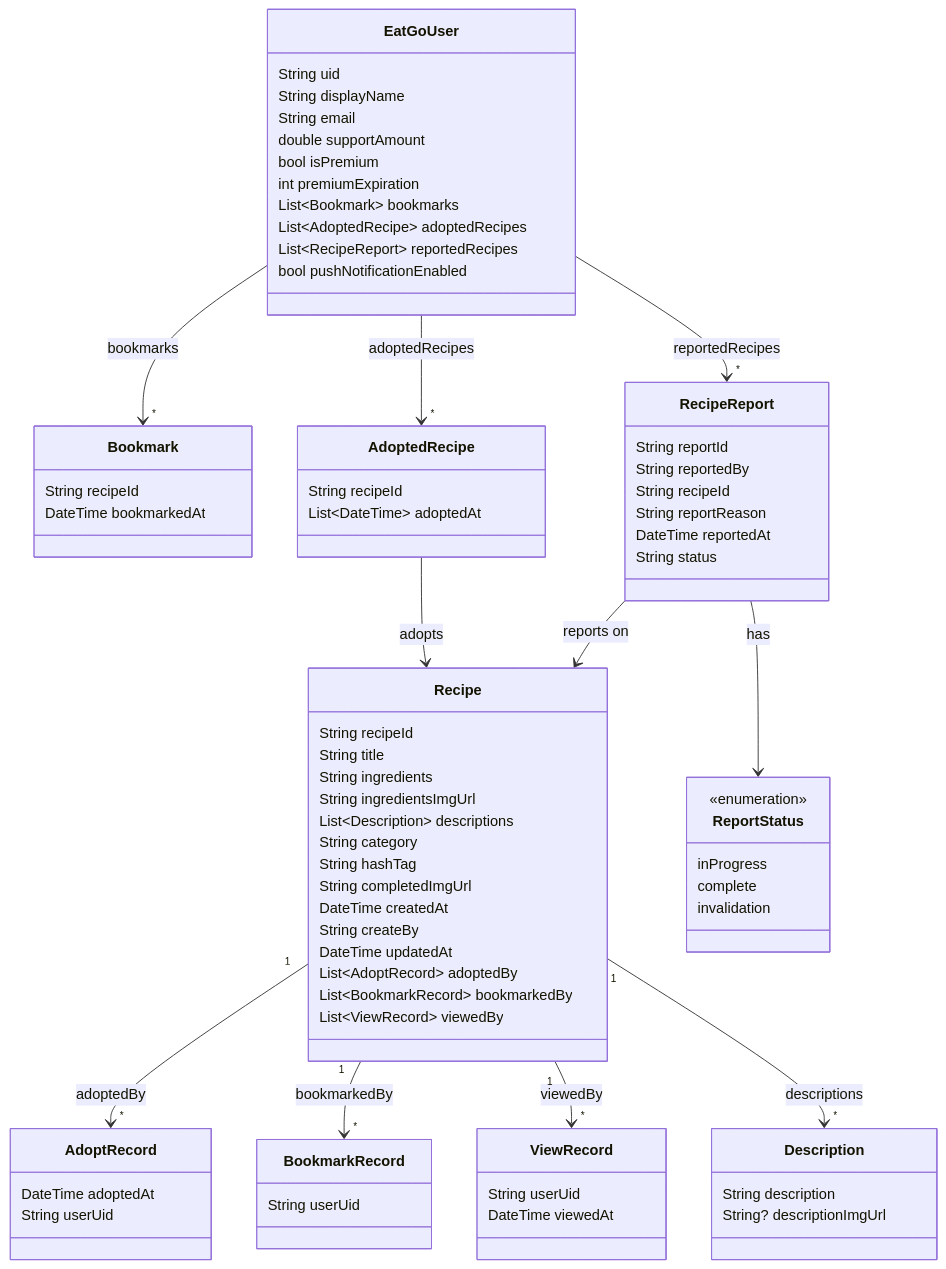
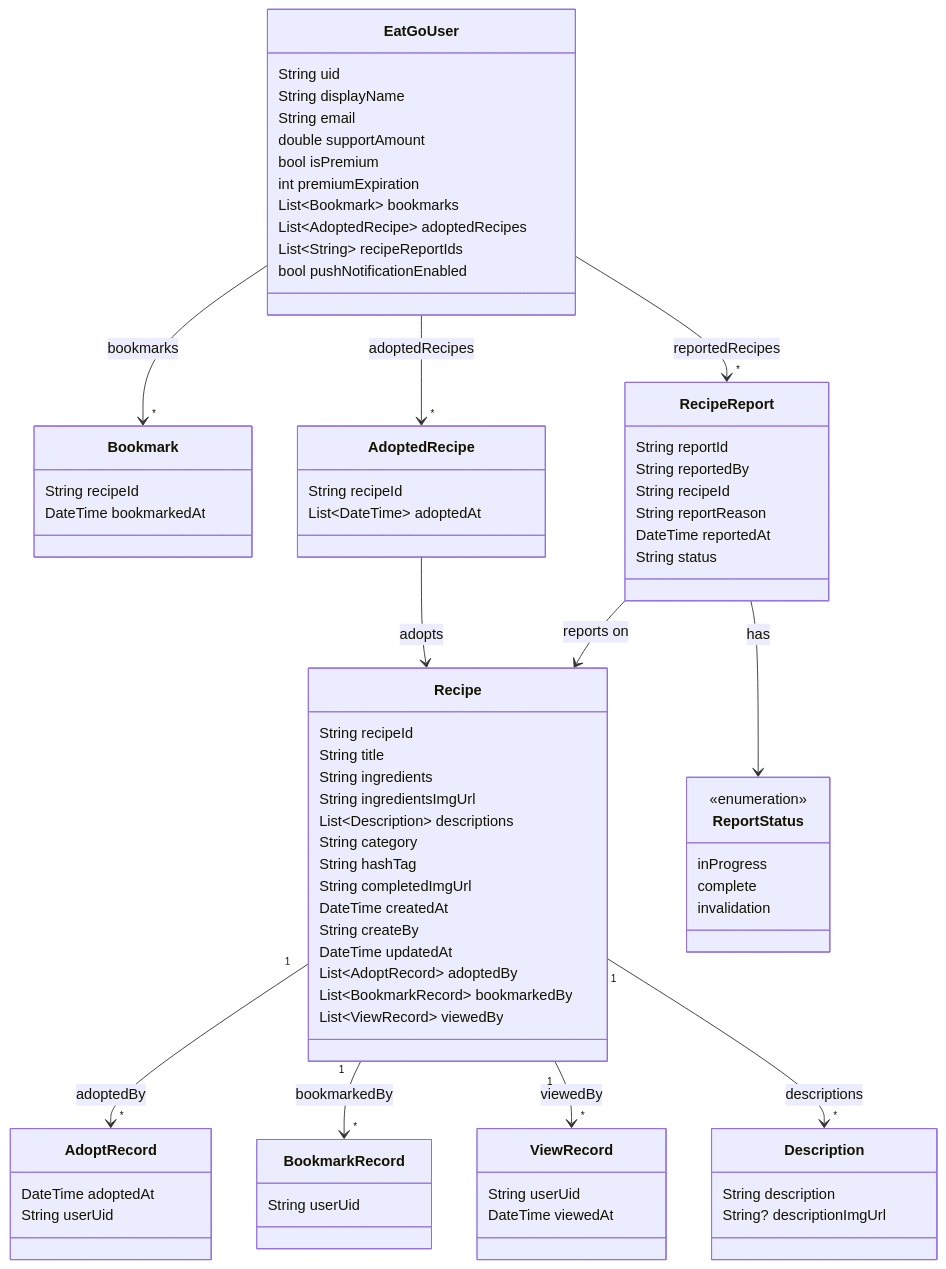
One commit to kangsudal/Eat-Go changed the diagram in README.md. Above: the diagram before and after it, drawn with Mermaid. The commit also changed 2 other files, not shown here.

Commit message:
firebase user 컬렉션에서 reportedRecipes필드 삭제, recipeReportIds필드 추가

```diff
--- a/README.md
+++ b/README.md
@@ -118,7 +118,7 @@
         int premiumExpiration
         List~Bookmark~ bookmarks
         List~AdoptedRecipe~ adoptedRecipes
-        List~RecipeReport~ reportedRecipes
+        List~String~ recipeReportIds
         bool pushNotificationEnabled
     }
 
```
